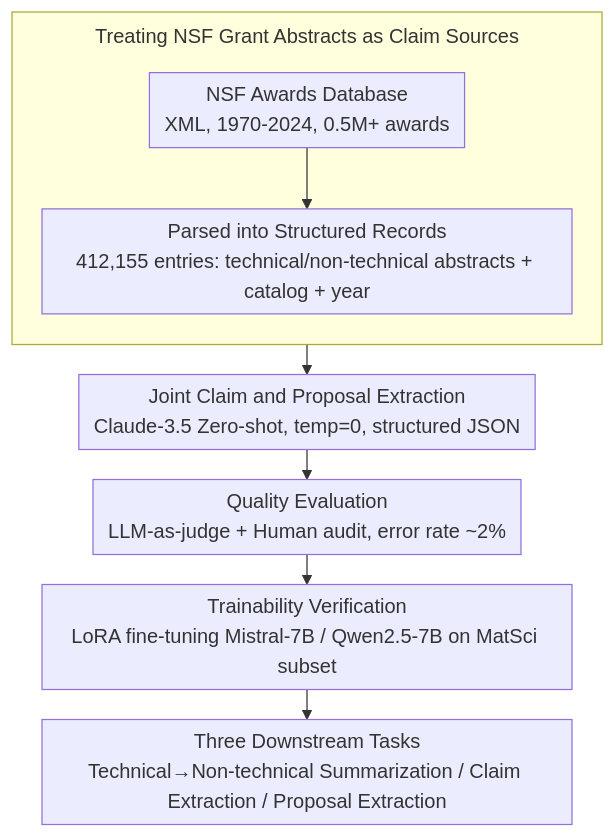
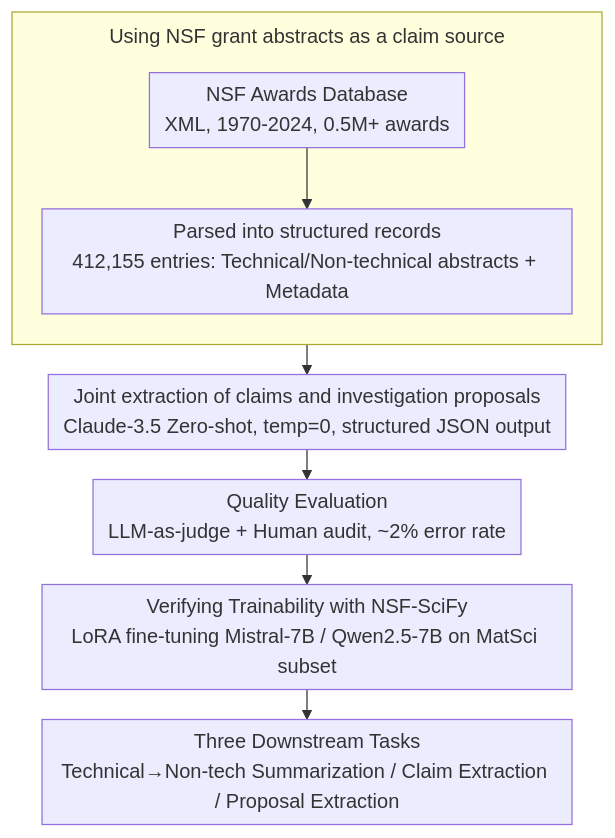
The diagram in docs/ACL2026/others/nsf-scify_mining_the_nsf_awards_database_for_scientific_claims.md (zhaoyang97/Paper-Notes-en), drawn with Mermaid before and after one commit. The commit also changed other lines of this file and 5084 other files, not shown here.

````diff
--- a/docs/ACL2026/others/nsf-scify_mining_the_nsf_awards_database_for_scientific_claims.md
+++ b/docs/ACL2026/others/nsf-scify_mining_the_nsf_awards_database_for_scientific_claims.md
@@ -49,12 +49,12 @@
 ```mermaid
 %%{init: {'flowchart': {'rankSpacing': 24, 'nodeSpacing': 28, 'padding': 6, 'wrappingWidth': 400, 'subGraphTitleMargin': {'top': 8, 'bottom': 16}}}}%%
 flowchart TD
-    subgraph SRC["Treating NSF Grant Abstracts as Claim Sources"]
+    subgraph SRC["Using NSF grant abstracts as a claim source"]
         direction TB
-        A["NSF Awards Database<br/>XML, 1970-2024, 0.5M+ awards"] --> B["Parsed into Structured Records<br/>412,155 entries: technical/non-technical abstracts + catalog + year"]
+        A["NSF Awards Database<br/>XML, 1970-2024, 0.5M+ awards"] --> B["Parsed into structured records<br/>412,155 entries: Technical/Non-technical abstracts + Metadata"]
     end
-    SRC --> C["Joint Claim and Proposal Extraction<br/>Claude-3.5 Zero-shot, temp=0, structured JSON"]
-    C --> D["Quality Evaluation<br/>LLM-as-judge + Human audit, error rate ~2%"]
-    D --> E["Trainability Verification<br/>LoRA fine-tuning Mistral-7B / Qwen2.5-7B on MatSci subset"]
-    E --> F["Three Downstream Tasks<br/>Technical→Non-technical Summarization / Claim Extraction / Proposal Extraction"]
+    SRC --> C["Joint extraction of claims and investigation proposals<br/>Claude-3.5 Zero-shot, temp=0, structured JSON output"]
+    C --> D["Quality Evaluation<br/>LLM-as-judge + Human audit, ~2% error rate"]
+    D --> E["Verifying Trainability with NSF-SciFy<br/>LoRA fine-tuning Mistral-7B / Qwen2.5-7B on MatSci subset"]
+    E --> F["Three Downstream Tasks<br/>Technical→Non-tech Summarization / Claim Extraction / Proposal Extraction"]
 ```
````
